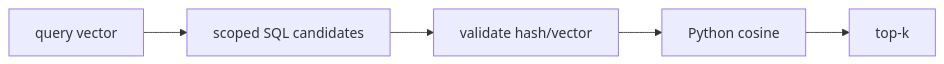
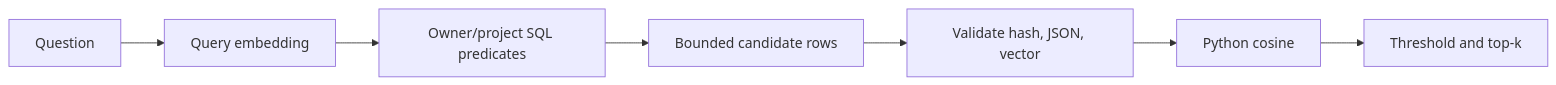
The first of 2 diagrams in docs/course/concepts/retrieval.md (levalencia/archon), drawn with Mermaid before and after one commit. The commit also changed other lines of this file and 6 other files, not shown here.

````diff
--- a/docs/course/concepts/retrieval.md
+++ b/docs/course/concepts/retrieval.md
@@ -11,7 +31,9 @@
 ```mermaid
 flowchart LR
-  Q[query vector] --> SQL[scoped SQL candidates]
-  SQL --> V[validate hash/vector]
-  V --> COS[Python cosine]
-  COS --> TOP[top-k]
+  Q[Question] --> E[Query embedding]
+  E --> SQL[Owner/project SQL predicates]
+  SQL --> B[Bounded candidate rows]
+  B --> V[Validate hash, JSON, vector]
+  V --> C[Python cosine]
+  C --> T[Threshold and top-k]
 ```
````
